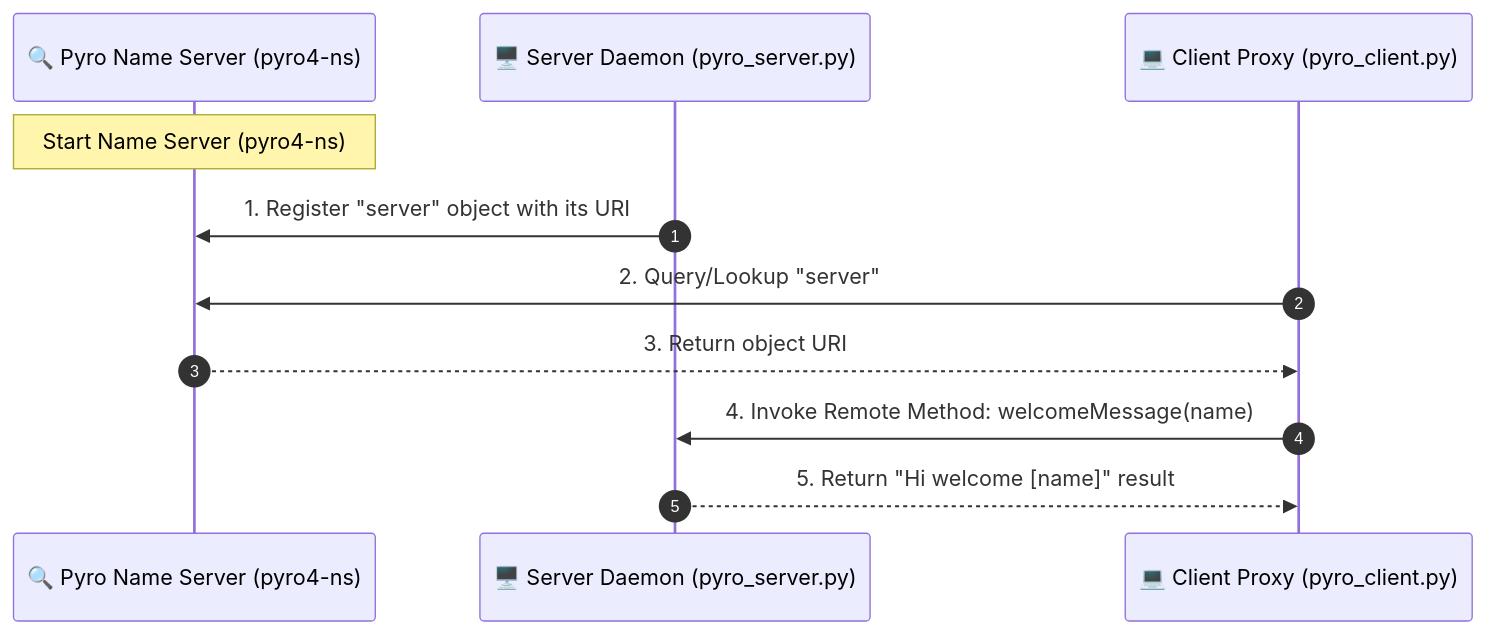
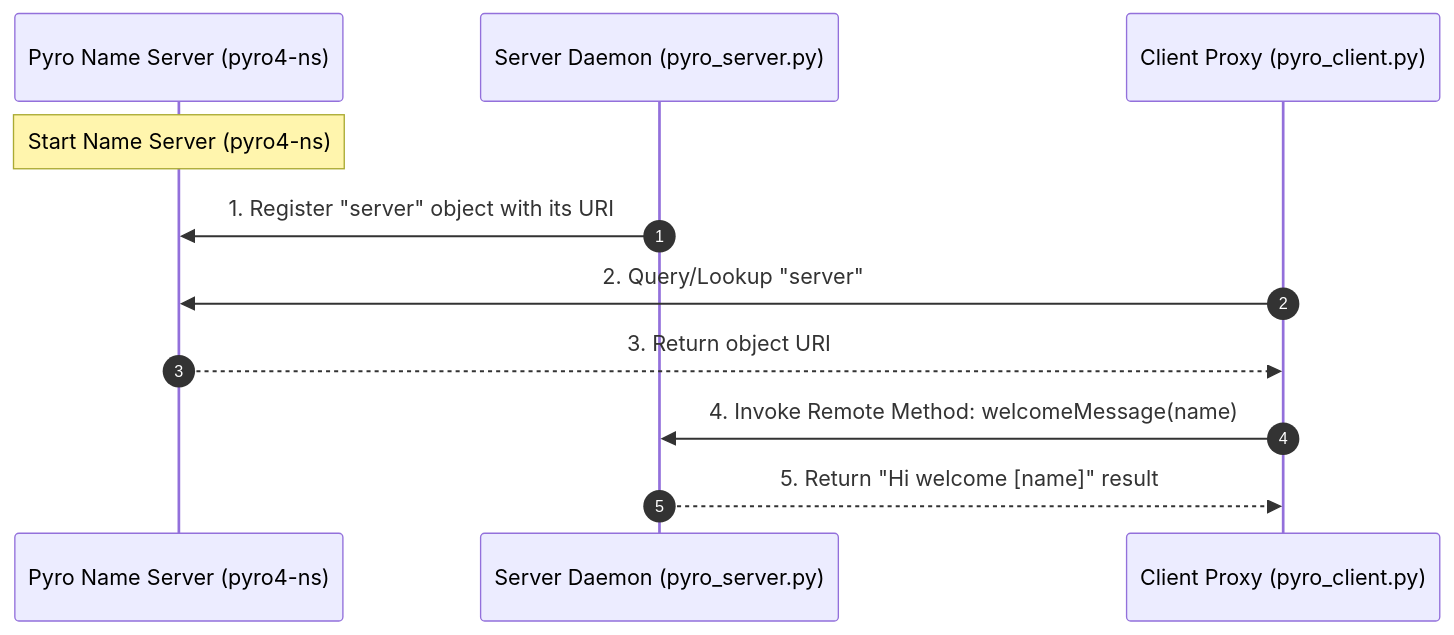
One commit to RameenAnwar/PDC-SP26-SE changed the seventh of 8 diagrams in Muhammad-Affan-23FA-003-SE/Chapter06/README.md. Above: the diagram before and after it, drawn with Mermaid. The commit also changed other lines of this file, not shown here.

````diff
--- a/Muhammad-Affan-23FA-003-SE/Chapter06/README.md
+++ b/Muhammad-Affan-23FA-003-SE/Chapter06/README.md
@@ -255,14 +255,14 @@
 ```mermaid
 sequenceDiagram
     autonumber
-    participant NameServer as 🔍 Pyro Name Server (pyro4-ns)
-    participant Daemon as 🖥️ Server Daemon (pyro_server.py)
-    participant Client as 💻 Client Proxy (pyro_client.py)
+    participant NameServer as Pyro Name Server (pyro4-ns)
+    participant Daemon as Server Daemon (pyro_server.py)
+    participant Client as Client Proxy (pyro_client.py)
     
     Note over NameServer: Start Name Server (pyro4-ns)
     Daemon->>NameServer: 1. Register "server" object with its URI
     Client->>NameServer: 2. Query/Lookup "server"
     NameServer-->>Client: 3. Return object URI
     Client->>Daemon: 4. Invoke Remote Method: welcomeMessage(name)
     Daemon-->>Client: 5. Return "Hi welcome [name]" result
 ```
````
